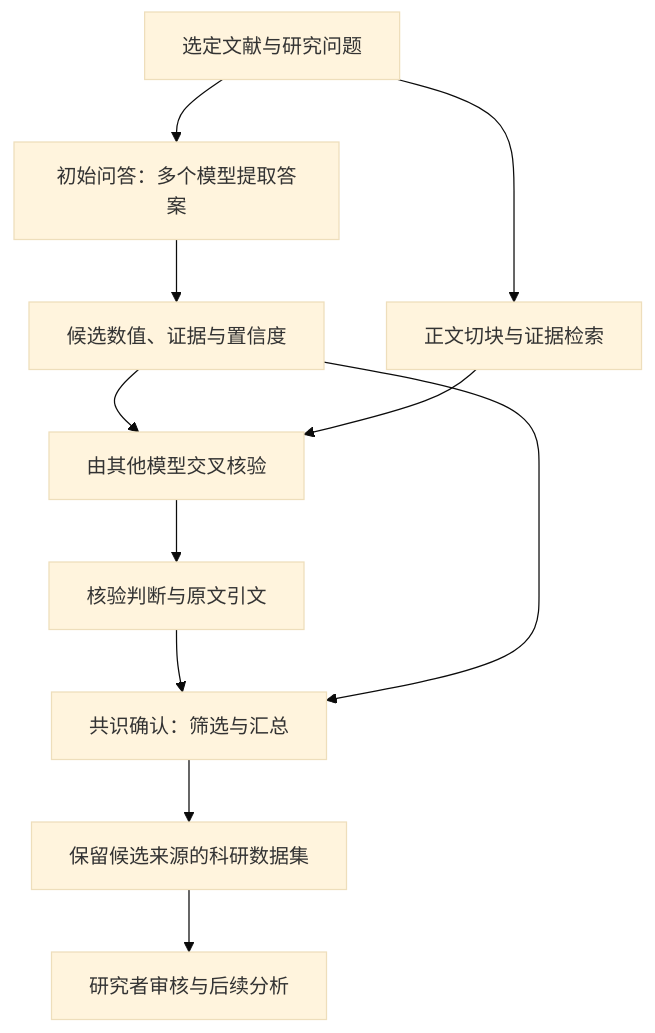
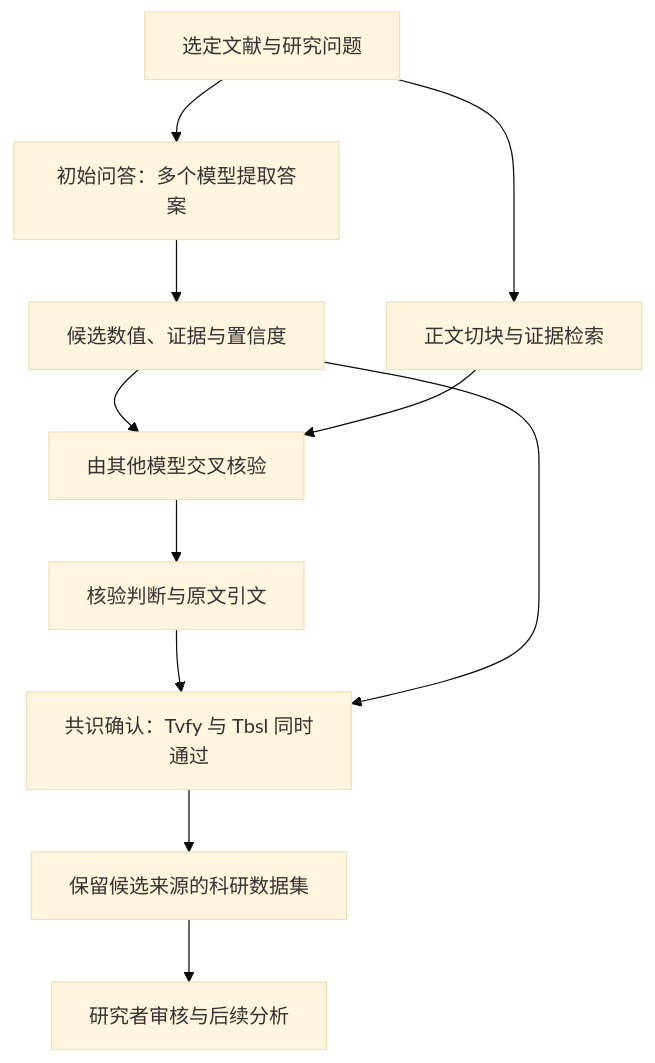
One commit to Voss-zeji/LUMINA changed the first of 2 diagrams in README.zh-CN.md. Above: the diagram before and after it, drawn with Mermaid (base theme). The commit also changed other lines of this file and 13 other files, not shown here.

````diff
--- a/README.zh-CN.md
+++ b/README.zh-CN.md
@@ -30,13 +30,13 @@
 ```mermaid
 flowchart TD
     Papers["选定文献与研究问题"] --> Query["初始问答：多个模型提取答案"]
     Query --> Candidates["候选数值、证据与置信度"]
     Papers --> Context["正文切块与证据检索"]
     Candidates --> Verify["由其他模型交叉核验"]
     Context --> Verify
     Verify --> Votes["核验判断与原文引文"]
-    Votes --> Consensus["共识确认：筛选与汇总"]
+    Votes --> Consensus["共识确认：Tvfy 与 Tbsl 同时通过"]
     Candidates --> Consensus
     Consensus --> Data["保留候选来源的科研数据集"]
     Data --> Review["研究者审核与后续分析"]
 ```
````
